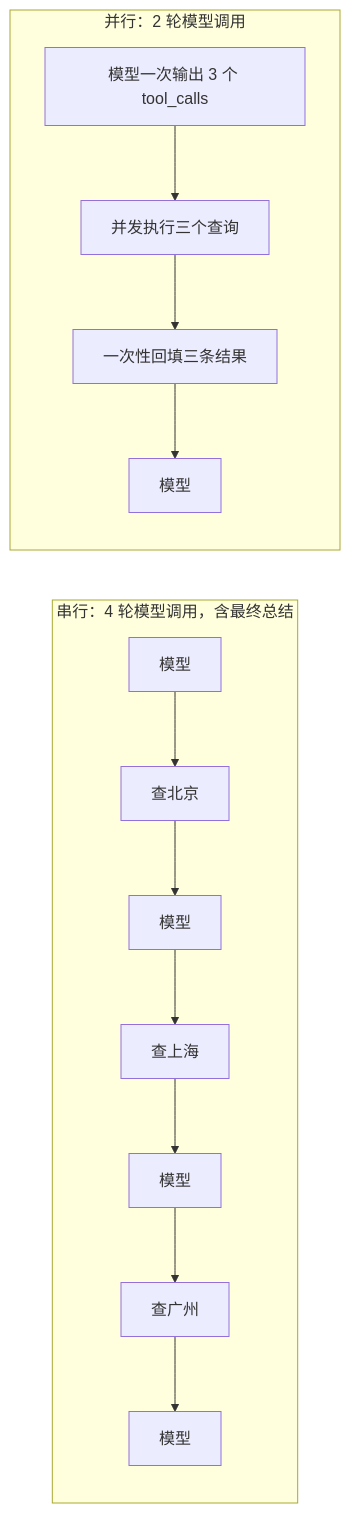
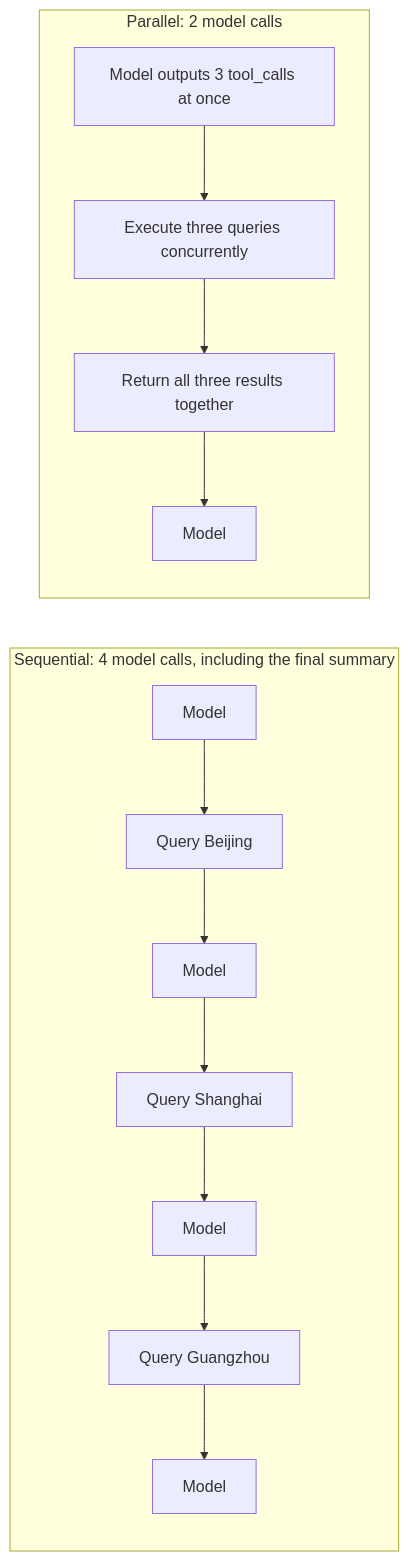
One commit to oneleaveknowsthefall/awesome-ai-roadmap changed the fourth of 4 diagrams in docs/tools/01-function-calling/01-function-calling.md. Above: the diagram before and after it, drawn with Mermaid. The commit also changed other lines of this file and 42 other files, not shown here.

````diff
--- a/docs/tools/01-function-calling/01-function-calling.md
+++ b/docs/tools/01-function-calling/01-function-calling.md
@@ -329,11 +330,11 @@
 ```mermaid
 flowchart LR
-    subgraph SER["串行：4 轮模型调用，含最终总结"]
-        S1[模型] --> S2[查北京] --> S3[模型] --> S4[查上海] --> S5[模型] --> S6[查广州] --> S7[模型]
+    subgraph SER["Sequential: 4 model calls, including the final summary"]
+        S1[Model] --> S2[Query Beijing] --> S3[Model] --> S4[Query Shanghai] --> S5[Model] --> S6[Query Guangzhou] --> S7[Model]
     end
 
-    subgraph PAR["并行：2 轮模型调用"]
-        P1[模型一次输出 3 个 tool_calls] --> P2[并发执行三个查询]
-        P2 --> P3[一次性回填三条结果] --> P4[模型]
+    subgraph PAR["Parallel: 2 model calls"]
+        P1[Model outputs 3 tool_calls at once] --> P2[Execute three queries concurrently]
+        P2 --> P3[Return all three results together] --> P4[Model]
     end
 ```
````
